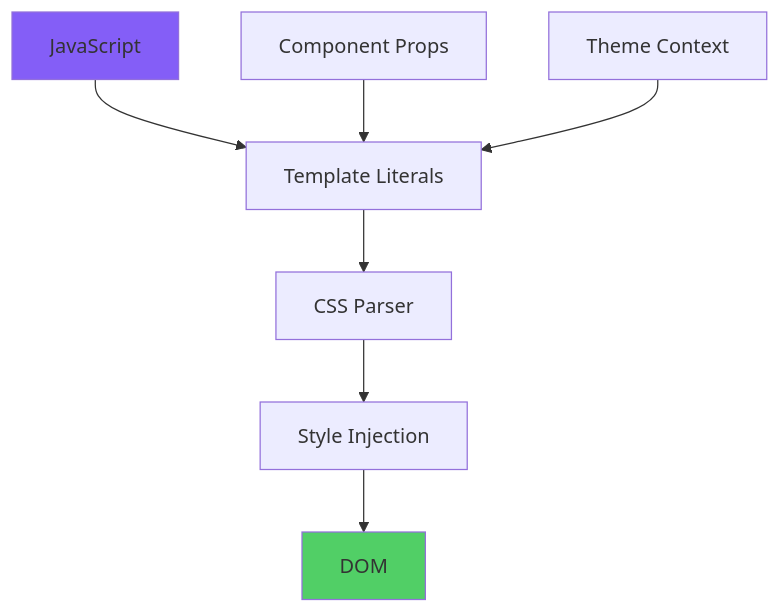
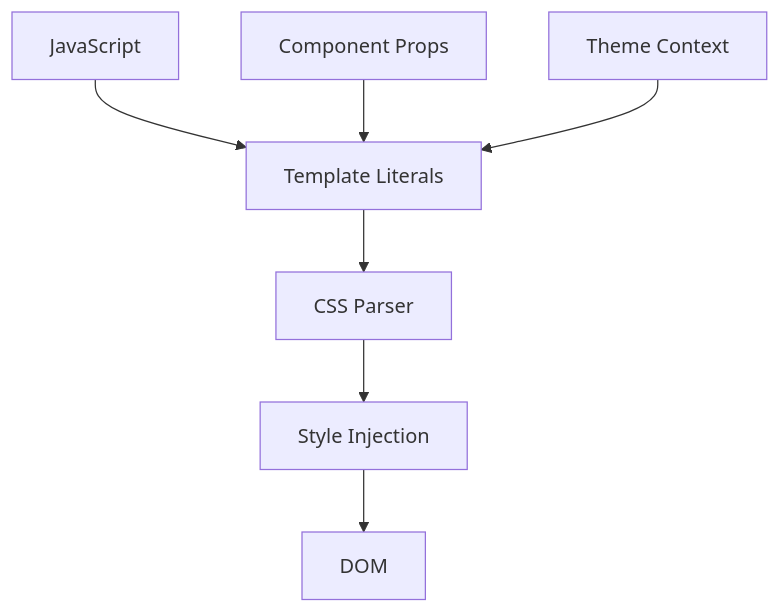
The third of 6 diagrams in arguments/chapters/04-react-styling.md (BabaScience/react-guides), drawn with Mermaid before and after one commit. The commit also changed other lines of this file and 29 other files, not shown here.

First line of the commit message:
Bring React FR/IT translations to full English parity + theme-safe diagrams

````diff
--- a/arguments/chapters/04-react-styling.md
+++ b/arguments/chapters/04-react-styling.md
@@ -835,13 +830,11 @@
 ```mermaid
 graph TD
     A[JavaScript] --> B[Template Literals]
     B --> C[CSS Parser]
     C --> D[Style Injection]
     D --> E[DOM]
     
     F[Component Props] --> B
     G[Theme Context] --> B
     
-    style A fill:#845ef7
-    style E fill:#51cf66
 ```
````
